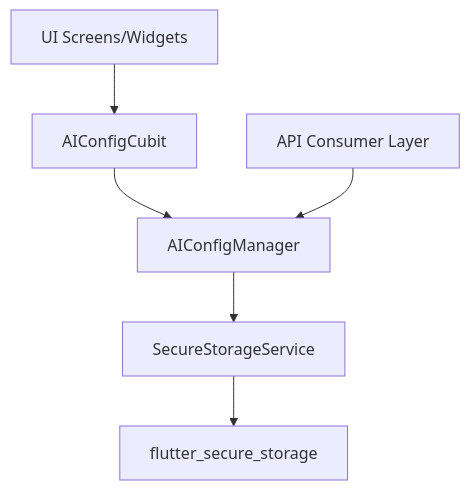
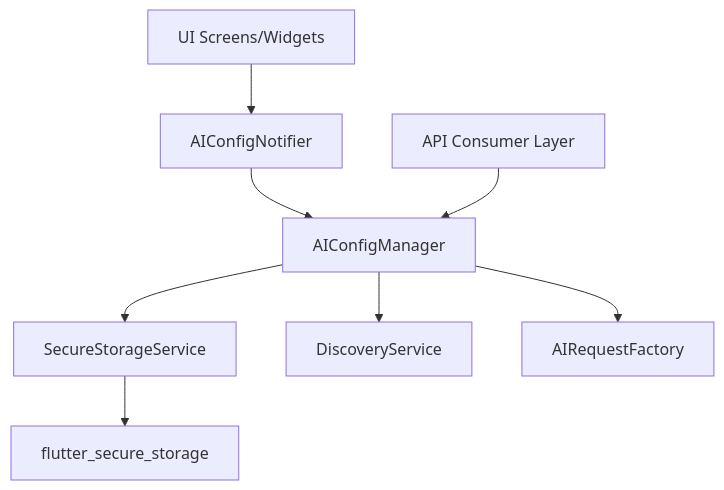
The diagram in flutter_ai_subscriptions_doc/architecture.md (Rolandoepdw/flutter_ai_subscriptions), drawn with Mermaid before and after one commit. The commit also changed other lines of this file and 101 other files, not shown here.

````diff
--- a/flutter_ai_subscriptions_doc/architecture.md
+++ b/flutter_ai_subscriptions_doc/architecture.md
@@ -9,8 +9,10 @@
 ```mermaid
 graph TD
-    UI[UI Screens/Widgets] --> Cubit[AIConfigCubit]
-    Cubit --> Manager[AIConfigManager]
+    UI[UI Screens/Widgets] --> Notifier[AIConfigNotifier]
+    Notifier --> Manager[AIConfigManager]
     Manager --> Storage[SecureStorageService]
+    Manager --> Discovery[DiscoveryService]
+    Manager --> Factory[AIRequestFactory]
     Consumer[API Consumer Layer] --> Manager
     Storage --> FSS[flutter_secure_storage]
 ```
````
